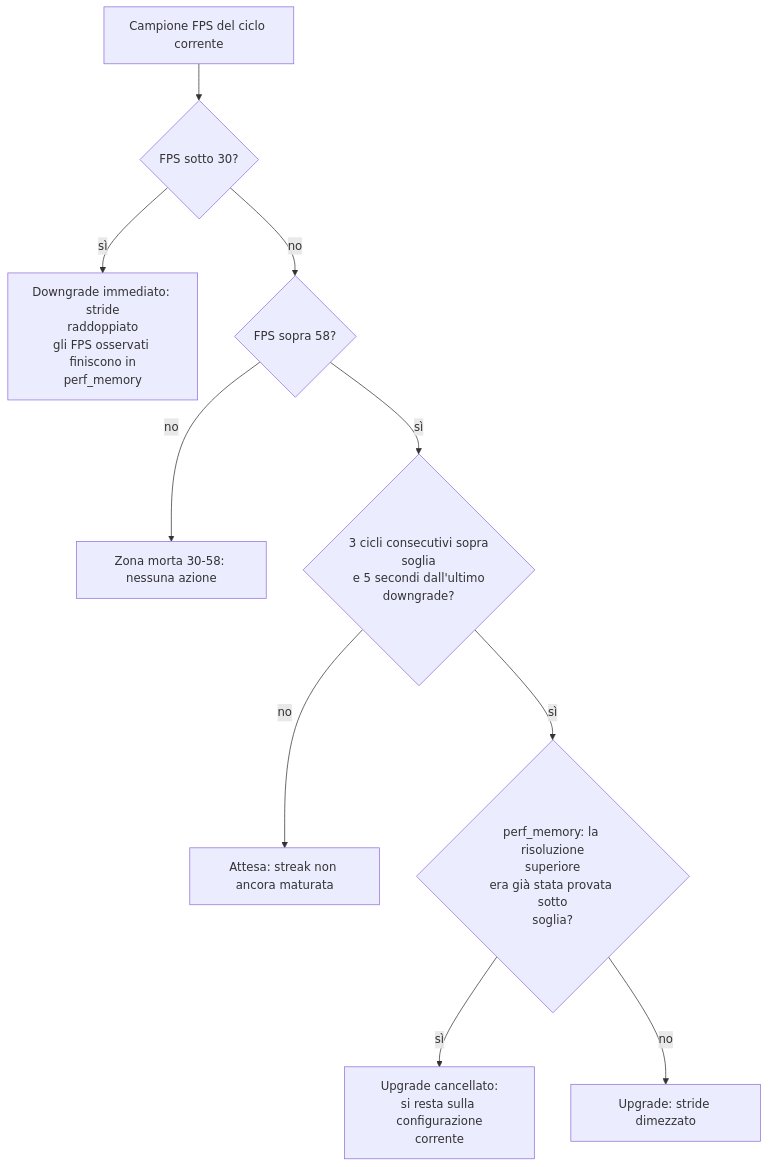
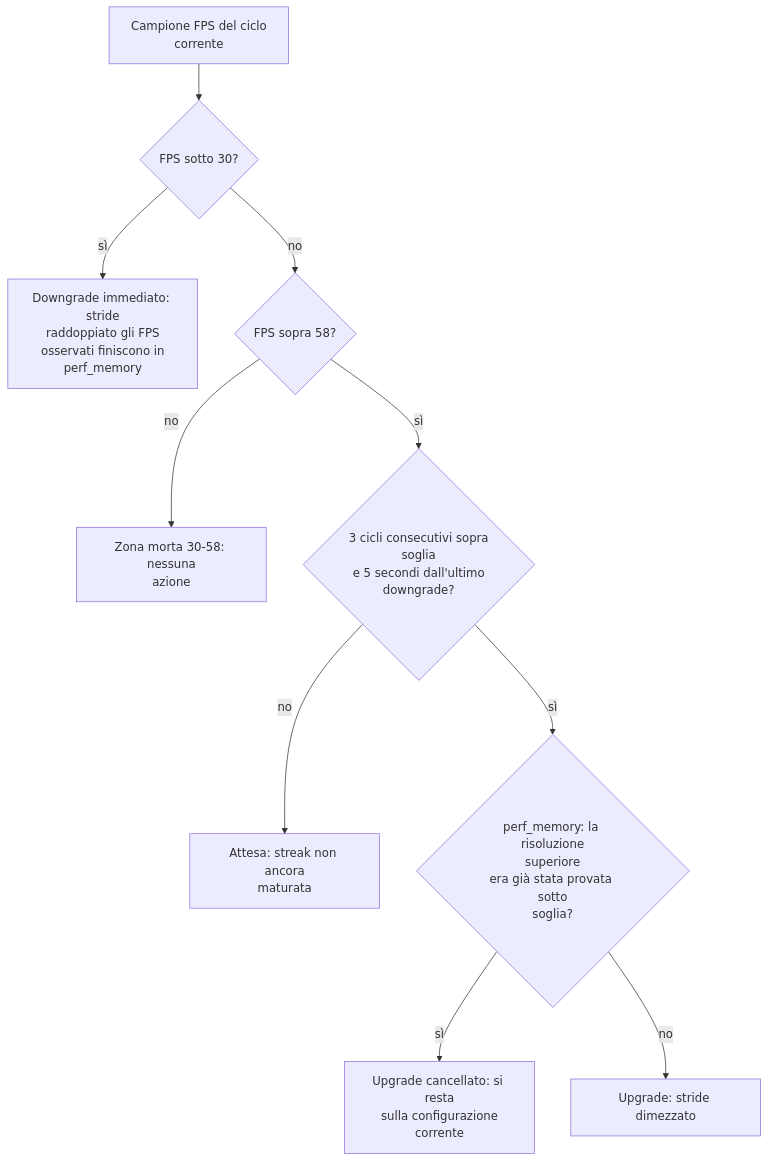
The seventh of 11 diagrams in ARCHITECTURE_DEEP_DIVE.it.md (alessandro-pioli/AstroCausal_Engine), drawn with Mermaid before and after one commit. The commit also changed other lines of this file and 2 other files, not shown here.

Commit message:
docs: leggibilita dei diagrammi e igiene del gitignore

````diff
--- a/ARCHITECTURE_DEEP_DIVE.it.md
+++ b/ARCHITECTURE_DEEP_DIVE.it.md
@@ -560,12 +560,12 @@
 ```mermaid
 flowchart TD
-    A["Campione FPS del ciclo corrente"] --> B{"FPS sotto 30?"}
-    B -->|"sì"| C["Downgrade immediato: stride<br/>raddoppiato<br/>gli FPS osservati finiscono in<br/>perf_memory"]
+    A["Campione FPS del ciclo<br/>corrente"] --> B{"FPS sotto 30?"}
+    B -->|"sì"| C["Downgrade immediato: stride<br/>raddoppiato gli FPS<br/>osservati finiscono in<br/>perf_memory"]
     B -->|"no"| D{"FPS sopra 58?"}
-    D -->|"no"| E["Zona morta 30-58: nessuna azione"]
+    D -->|"no"| E["Zona morta 30-58: nessuna<br/>azione"]
     D -->|"sì"| F{"3 cicli consecutivi sopra<br/>soglia<br/>e 5 secondi dall'ultimo<br/>downgrade?"}
-    F -->|"no"| G["Attesa: streak non ancora maturata"]
+    F -->|"no"| G["Attesa: streak non ancora<br/>maturata"]
     F -->|"sì"| H{"perf_memory: la risoluzione<br/>superiore<br/>era già stata provata sotto<br/>soglia?"}
-    H -->|"sì"| I["Upgrade cancellato:<br/>si resta sulla configurazione<br/>corrente"]
+    H -->|"sì"| I["Upgrade cancellato: si resta<br/>sulla configurazione<br/>corrente"]
     H -->|"no"| J["Upgrade: stride dimezzato"]
 ```
````
